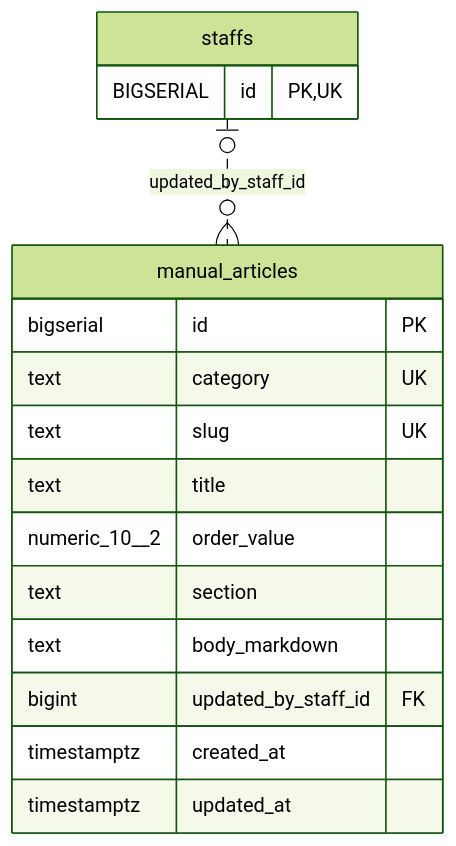
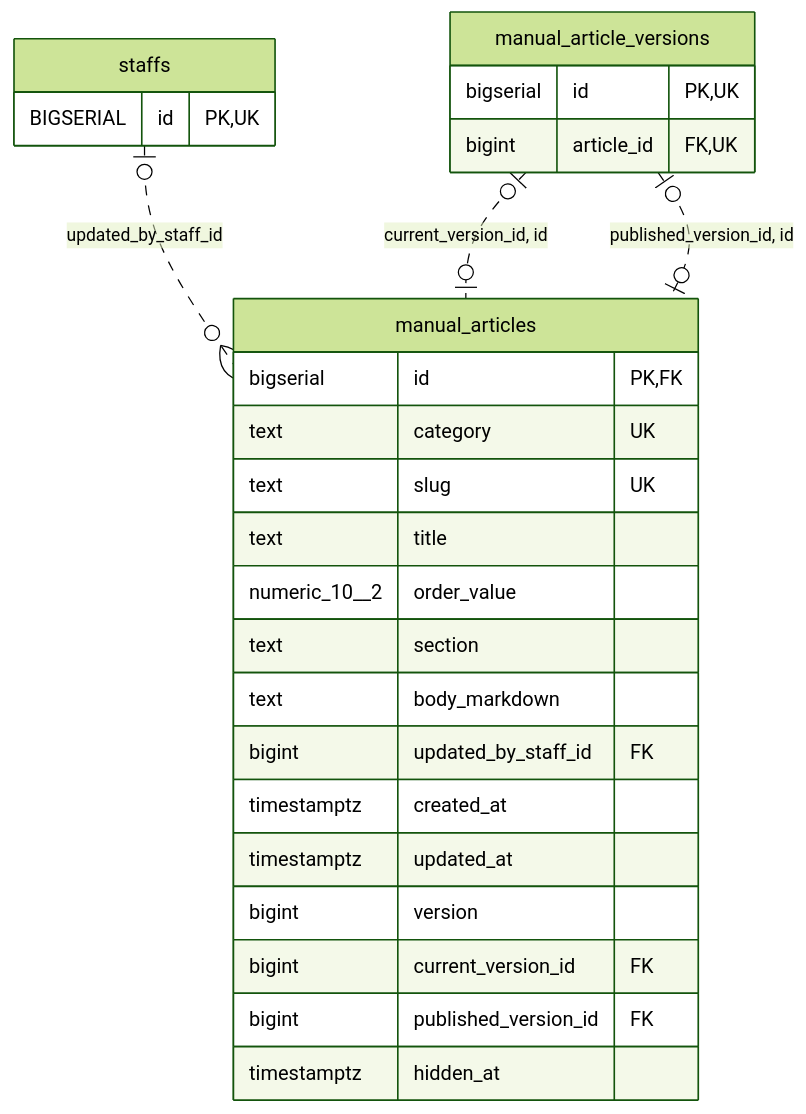
One commit to MinoruSoga/AnimalEkarte changed the diagram in docs/architecture/erd-detail/manual_articles.md. Above: the diagram before and after it, drawn with Mermaid (forest theme). The commit also changed other lines of this file and 131 other files, not shown here.

````diff
--- a/docs/architecture/erd-detail/manual_articles.md
+++ b/docs/architecture/erd-detail/manual_articles.md
@@ -33,19 +37,29 @@
 ```mermaid
 erDiagram
     manual_articles {
-        bigserial id PK
+        bigserial id PK,FK
         text category UK
         text slug UK
         text title
         numeric_10__2 order_value
         text section
         text body_markdown
         bigint updated_by_staff_id FK
         timestamptz created_at
         timestamptz updated_at
+        bigint version
+        bigint current_version_id FK
+        bigint published_version_id FK
+        timestamptz hidden_at
+    }
+    manual_article_versions {
+        bigserial id PK,UK
+        bigint article_id FK,UK
     }
     staffs {
         BIGSERIAL id PK,UK
     }
     staffs o|..o{ manual_articles : "updated_by_staff_id"
+    manual_article_versions o|..o| manual_articles : "current_version_id, id"
+    manual_article_versions o|..o| manual_articles : "published_version_id, id"
 ```
````
